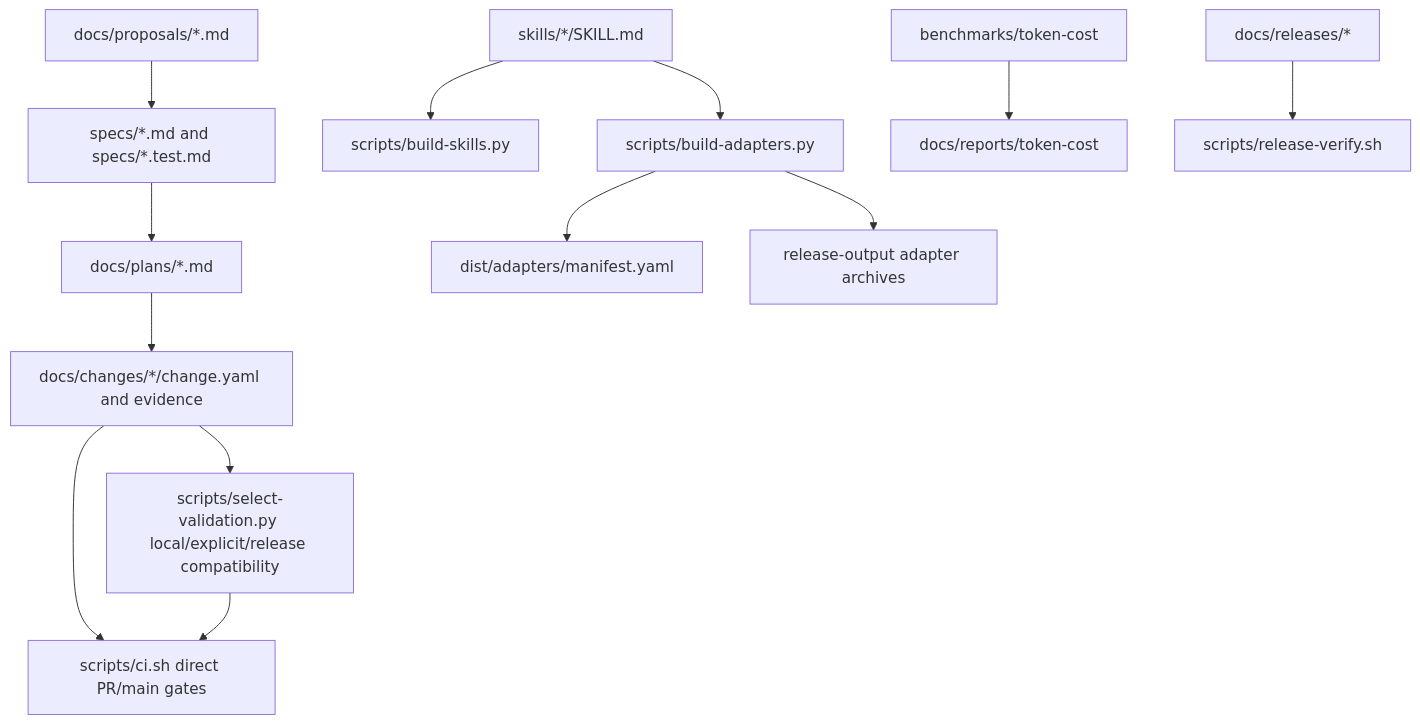
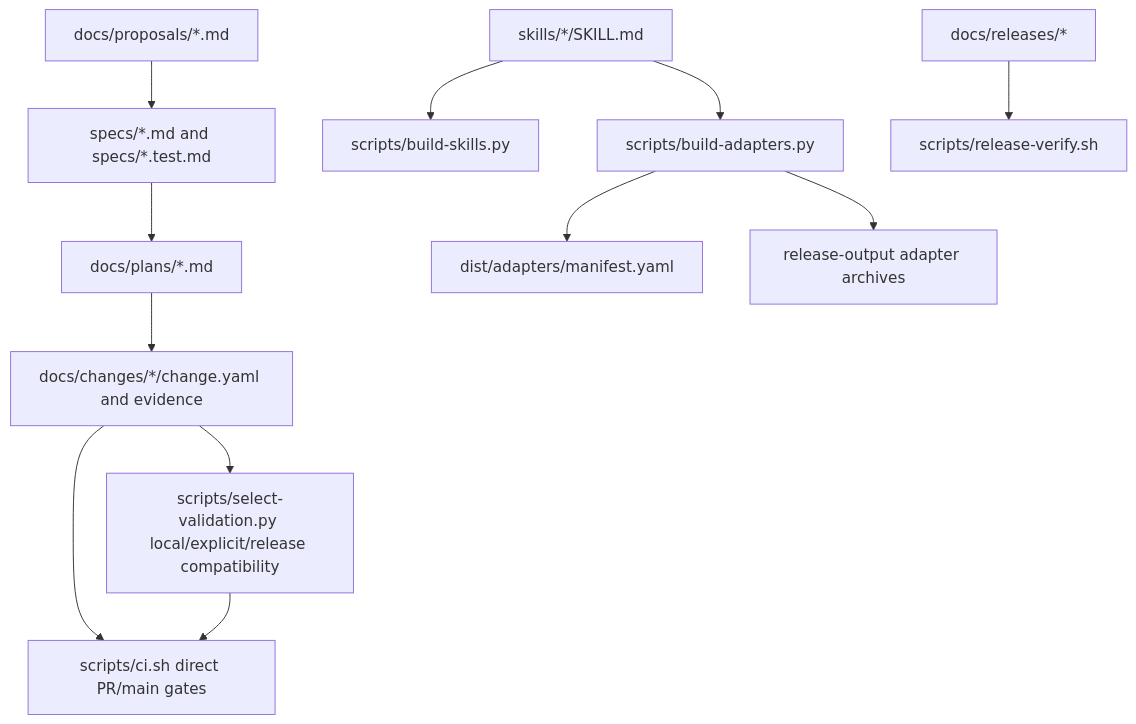
One commit to xiongxianfei/rigorloop changed the second of 2 diagrams in docs/project-map.md. Above: the diagram before and after it, drawn with Mermaid. The commit also changed other lines of this file and 331 other files, not shown here.

````diff
--- a/docs/project-map.md
+++ b/docs/project-map.md
@@ -126,15 +122,14 @@
 ```mermaid
 flowchart TD
   Specs[specs/*.md and specs/*.test.md] --> Plans[docs/plans/*.md]
   Proposals[docs/proposals/*.md] --> Specs
   Plans --> Changes[docs/changes/*/change.yaml and evidence]
   Skills[skills/*/SKILL.md] --> BuildSkills[scripts/build-skills.py]
   Skills --> BuildAdapters[scripts/build-adapters.py]
   BuildAdapters --> AdapterManifest[dist/adapters/manifest.yaml]
   BuildAdapters --> ReleaseArchives[release-output adapter archives]
   Changes --> CI[scripts/ci.sh direct PR/main gates]
   Changes --> SelectValidation[scripts/select-validation.py local/explicit/release compatibility]
   SelectValidation --> CI
-  Benchmarks[benchmarks/token-cost] --> TokenReports[docs/reports/token-cost]
   ReleaseMetadata[docs/releases/*] --> ReleaseVerify[scripts/release-verify.sh]
 ```
````
